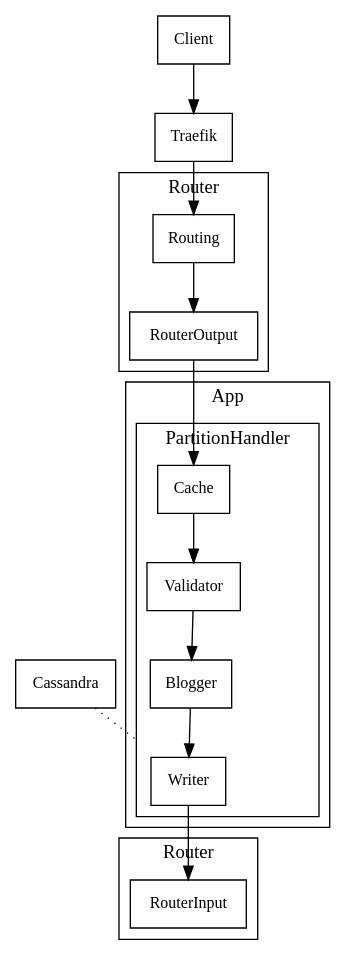
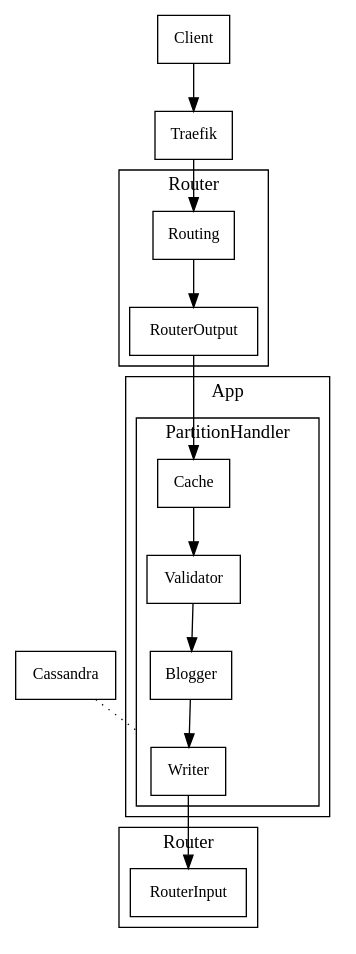
Before and after one commit to untillpro/diagrams: the diagram in flow.md, drawn with Graphviz. The commit also changed other lines of this file and 1 other file, not shown here.

Commit message:
work arounf bug (shape=rect)

````diff
--- a/flow.md
+++ b/flow.md
@@ -1,39 +1,39 @@
 ```dot
 digraph graphname {
-    node [ fontname = "Cambria" shape = "record" fontsize = 12]
+    node [ fontname = "Cambria" shape = "rect" fontsize = 12]
     compound=true
 
     subgraph cluster_router_out {
         label = "Router"
         Routing
         RouterOutput
     }
     subgraph cluster_app {
         label = "App";
         subgraph cluster_ph{
             label = "PartitionHandler"
             Cache
             Validator
             Blogger
             Writer
         }
     }
     subgraph cluster_router_in {
         label = "Router"
         RouterInput
     }
 
     Cassandra
 
     Client -> Traefik
     Traefik -> Routing
     Routing -> RouterOutput
 
     RouterOutput-> Cache
     Cache -> Validator
     Validator -> Blogger
     Blogger -> Writer
     Writer -> RouterInput
     Cassandra -> Writer  [style=dotted dir=none lhead=cluster_ph]
 }
 ```
````
